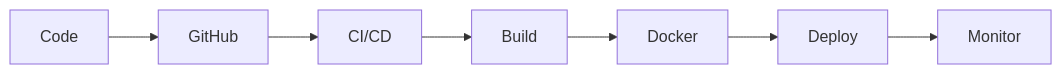
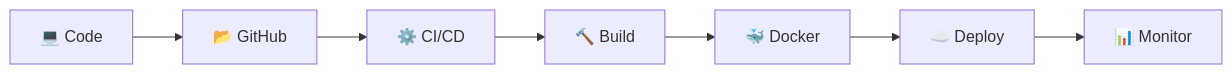
One commit to Pjaisw1103/Pjaisw1103 changed the diagram in README.md. Above: the diagram before and after it, drawn with Mermaid. The commit also changed other lines of this file, not shown here.

````diff
--- a/README.md
+++ b/README.md
@@ -54,9 +60,9 @@
 ```mermaid
 graph LR
-A[Code] --> B[GitHub]
-B --> C[CI/CD]
-C --> D[Build]
-D --> E[Docker]
-E --> F[Deploy]
-F --> G[Monitor]
+A[💻 Code] --> B[📂 GitHub]
+B --> C[⚙️ CI/CD]
+C --> D[🔨 Build]
+D --> E[🐳 Docker]
+E --> F[☁️ Deploy]
+F --> G[📊 Monitor]
 ```
````
